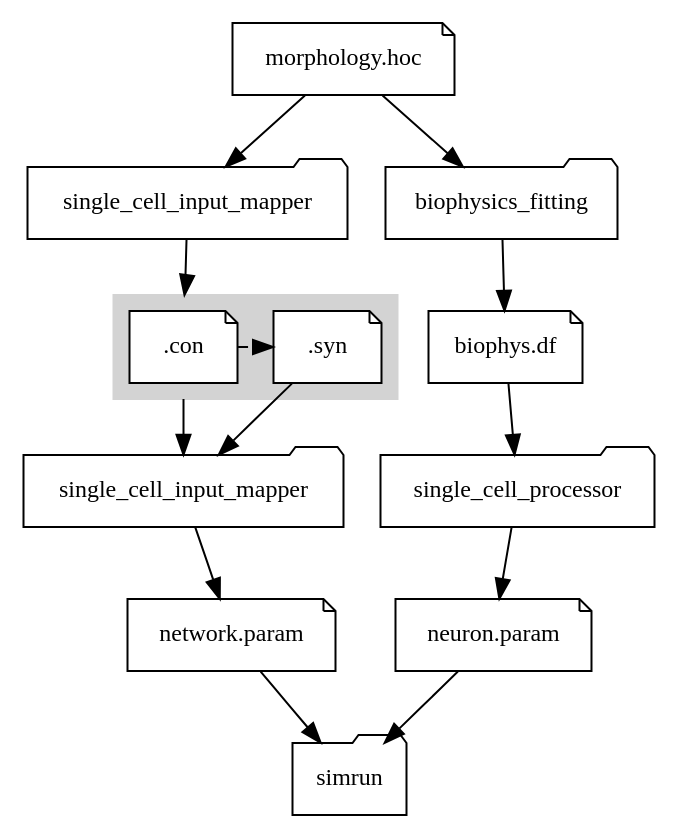
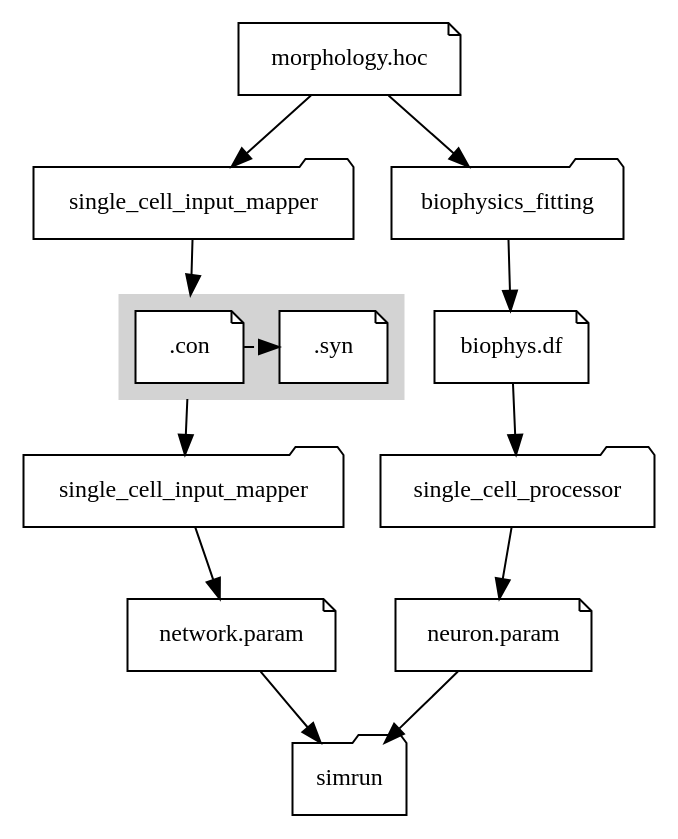
The diagram in docs/paramfile_overview.rst (mpinb/in_silico_framework_hot_zone), drawn with Graphviz before and after one commit.

Commit message:
working subgraph

```diff
--- a/docs/paramfile_overview.rst
+++ b/docs/paramfile_overview.rst
@@ -1,63 +1,62 @@
 .. graphviz::
     :caption: Overview of file formats.
     :alt: How Sphinx and GraphViz Render the Final Document
     :align: center
 
      digraph "sphinx-ext-graphviz" {
         compound=true;
         rankdir="TB";
         graph [fontname="Verdana", fontsize="12"];
         node [fontname="Verdana", fontsize="12"];
         edge [fontname="Sans", fontsize="9"];
 
         morphology_file [label="morphology.hoc", shape="note", fontcolor=black,
                  fillcolor="white", style=filled,
                  xref=":ref:`hoc_file_format`"];
         syn [label=".syn", shape="note", fontcolor=black,
                  fillcolor="white", style=filled,
                  xref=":ref:`syn_file_format`"];
         con [label=".con", shape="note", fontcolor=black,
                  fillcolor="white", style=filled,
                  xref=":ref:`con_file_format`"];
         netp [label="network.param", shape="note", fontcolor=black,
                 fillcolor="white", style=filled,
                 xref=":ref:`network_parameters_format`"];
         neup [label="neuron.param", shape="note", fontcolor=black,
                 fillcolor="white", style=filled,
                 xref=":ref:`cell_parameters_format`"];
         biophys_df [label="biophys.df", shape="note", fontcolor=black,
                  fillcolor="white", style=filled];
 
         scim [label="single_cell_input_mapper", shape="folder",
                  xref=":py:mod:`singlecell_input_mapper`"];
         scim2 [label="single_cell_input_mapper", shape="folder",
                  xref=":py:mod:`singlecell_input_mapper`"];
         scp [label="single_cell_processor", shape="folder",
                 xref=":py:mod:`single_cell_parser`"];
         simrun [label="simrun", shape="folder",
                  xref=":py:mod:`simrun`"];
         biophysics_fitting [label="biophysics_fitting", shape="folder",
                  xref=":py:mod:`biophysics_fitting`"];
 
         subgraph cluster_syncon {
 		style=filled;
                 rankdir="LR";
 		color=lightgrey;
 		con -> syn [label = "", style=dashed, constraint=false];
 		label = "";
 	}
 
         morphology_file -> biophysics_fitting ;
         biophysics_fitting -> biophys_df ;
         biophys_df -> scp ;
         scp -> neup ;
         neup -> simrun ;
 
         morphology_file -> scim;
         scim -> con [lhead=cluster_syncon];
         con -> scim2 [ltail=cluster_syncon];
-        syn -> scim2 ;
         scim2 -> netp ;
         netp -> simrun ;
 
      }
```
